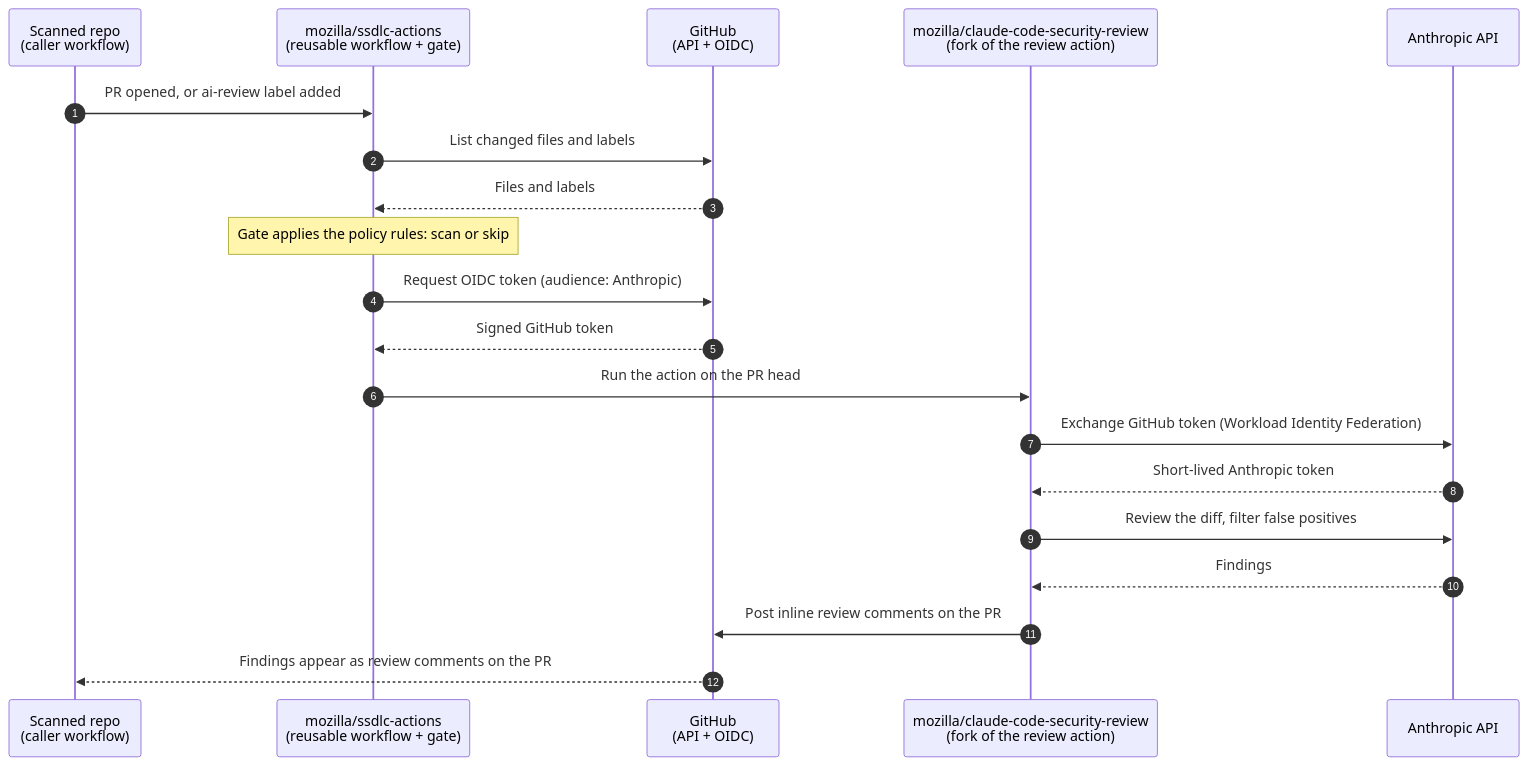
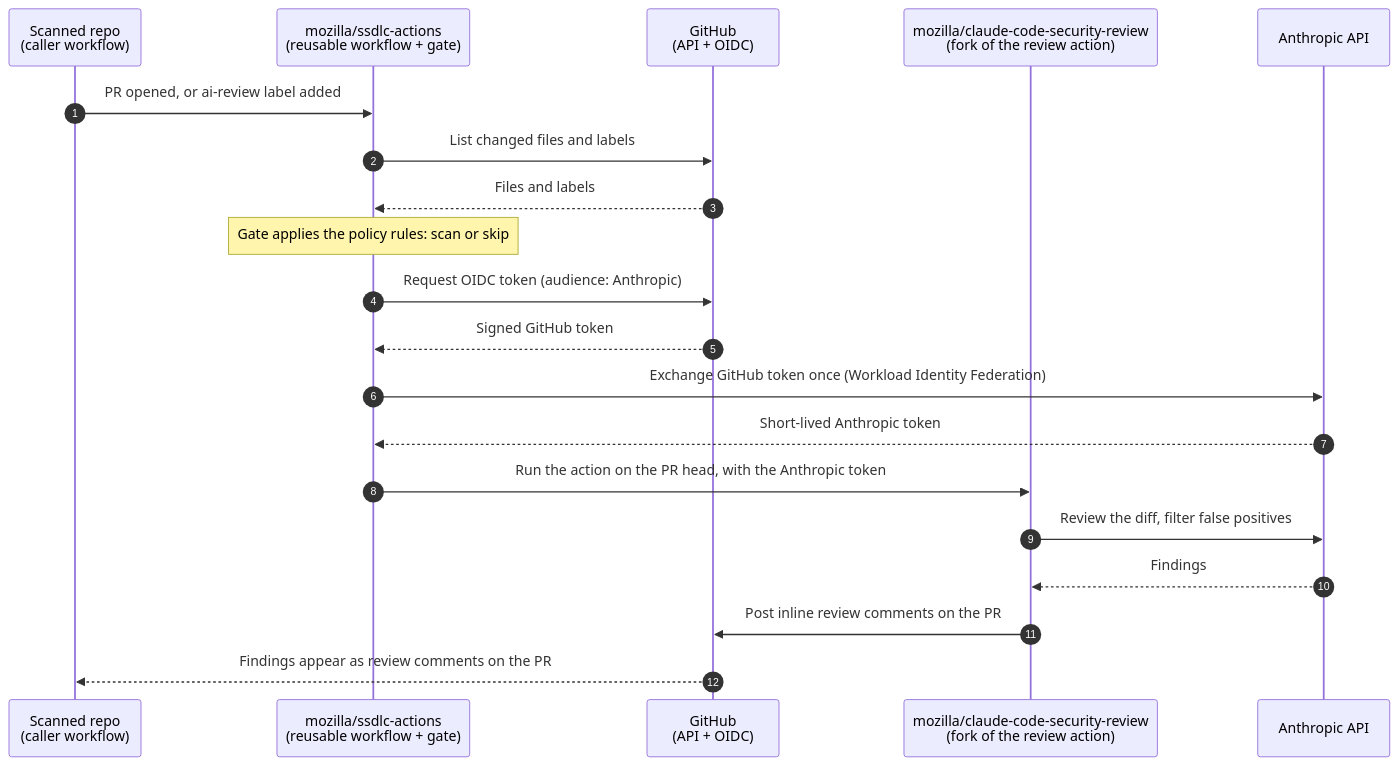
The diagram in ai-security-review/README.md (mozilla/ssdlc-actions), drawn with Mermaid before and after one commit. The commit also changed other lines of this file and 1 other file, not shown here.

Commit message:
fix(ai-sec-review): fix auth flow

````diff
--- a/ai-security-review/README.md
+++ b/ai-security-review/README.md
@@ -22,23 +22,23 @@
 ```mermaid
 sequenceDiagram
     autonumber
     participant Repo as Scanned repo<br/>(caller workflow)
     participant SSDLC as mozilla/ssdlc-actions<br/>(reusable workflow + gate)
     participant GH as GitHub<br/>(API + OIDC)
     participant Fork as mozilla/claude-code-security-review<br/>(fork of the review action)
     participant Anthropic as Anthropic API
 
     Repo->>SSDLC: PR opened, or ai-review label added
     SSDLC->>GH: List changed files and labels
     GH-->>SSDLC: Files and labels
     Note over SSDLC: Gate applies the policy rules: scan or skip
     SSDLC->>GH: Request OIDC token (audience: Anthropic)
     GH-->>SSDLC: Signed GitHub token
-    SSDLC->>Fork: Run the action on the PR head
-    Fork->>Anthropic: Exchange GitHub token (Workload Identity Federation)
-    Anthropic-->>Fork: Short-lived Anthropic token
+    SSDLC->>Anthropic: Exchange GitHub token once (Workload Identity Federation)
+    Anthropic-->>SSDLC: Short-lived Anthropic token
+    SSDLC->>Fork: Run the action on the PR head, with the Anthropic token
     Fork->>Anthropic: Review the diff, filter false positives
     Anthropic-->>Fork: Findings
     Fork->>GH: Post inline review comments on the PR
     GH-->>Repo: Findings appear as review comments on the PR
 ```
````
